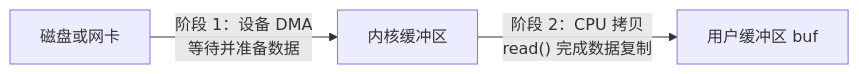
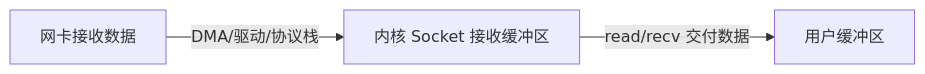
One commit to Fizgrad/fizgrad.github.io changed the ninth of 36 diagrams in blog/os_review.md. Above: the diagram before and after it, drawn with Mermaid. The commit also changed other lines of this file and 1 other file, not shown here.

````diff
--- a/blog/os_review.md
+++ b/blog/os_review.md
@@ -2028,5 +2374,5 @@
 ```mermaid
 flowchart LR
-    D["磁盘或网卡"] -->|"阶段 1：设备 DMA<br/>等待并准备数据"| K["内核缓冲区"]
-    K -->|"阶段 2：CPU 拷贝<br/>read() 完成数据复制"| U["用户缓冲区 buf"]
+    N["网卡接收数据"] -->|"DMA/驱动/协议栈"| K["内核 Socket 接收缓冲区"]
+    K -->|"read/recv 交付数据"| U["用户缓冲区"]
 ```
````
